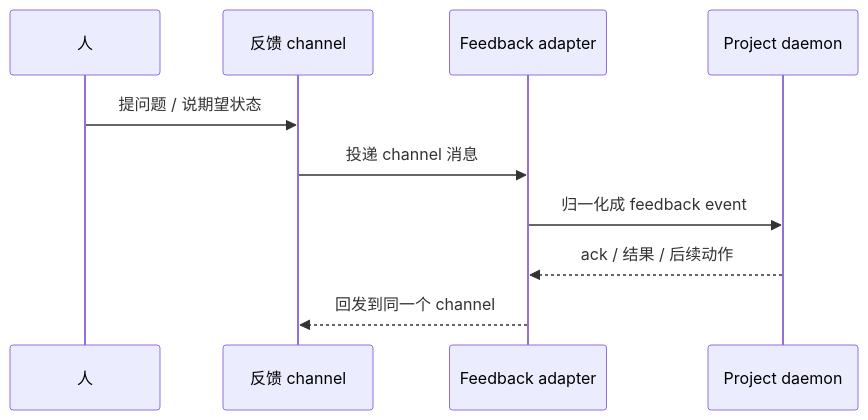
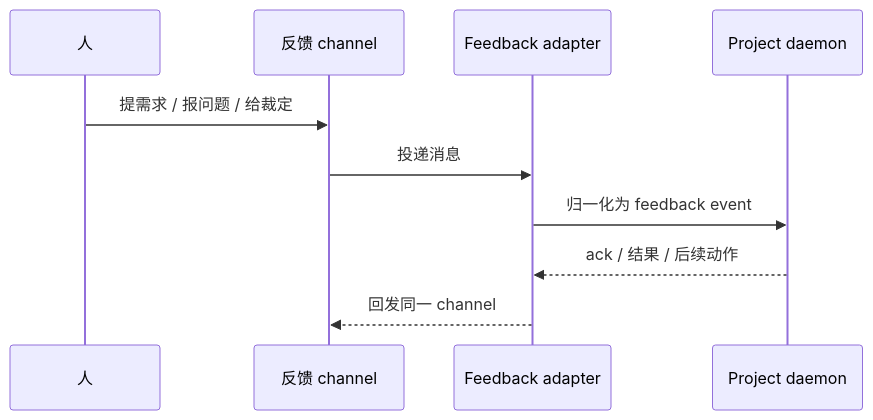
One commit to redcreen/Growware changed the second of 2 diagrams in docs/architecture.zh-CN.md. Above: the diagram before and after it, drawn with Mermaid. The commit also changed other lines of this file and 15 other files, not shown here.

````diff
--- a/docs/architecture.zh-CN.md
+++ b/docs/architecture.zh-CN.md
@@ -111,13 +128,13 @@
 ```mermaid
 sequenceDiagram
     participant Human as 人
     participant A as 反馈 channel
     participant Adapter as Feedback adapter
     participant Daemon as Project daemon
 
-    Human->>A: 提问题 / 说期望状态
-    A->>Adapter: 投递 channel 消息
-    Adapter->>Daemon: 归一化成 feedback event
+    Human->>A: 提需求 / 报问题 / 给裁定
+    A->>Adapter: 投递消息
+    Adapter->>Daemon: 归一化为 feedback event
     Daemon-->>Adapter: ack / 结果 / 后续动作
-    Adapter-->>A: 回发到同一个 channel
+    Adapter-->>A: 回发同一 channel
 ```
````
